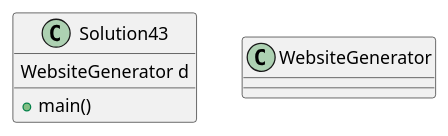
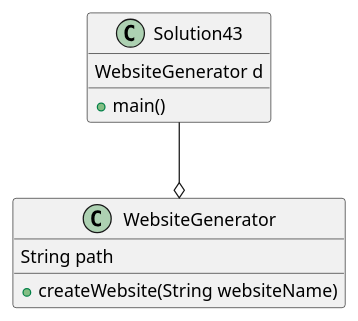
One commit to dbattles2001/battles-a04 changed the diagram in exercise43/Solution43.puml. Above: the diagram before and after it, drawn with PlantUML. The commit also changed 4 other files, not shown here.

```diff
--- a/exercise43/Solution43.puml
+++ b/exercise43/Solution43.puml
@@ -1,13 +1,16 @@
 @startuml
 'https://plantuml.com/class-diagram
 
 class Solution43 {
 +main()
 WebsiteGenerator d
 }
 
 class WebsiteGenerator {
-
+String path
++createWebsite(String websiteName)
 }
 
+Solution43 --o WebsiteGenerator
+
 @enduml
```
